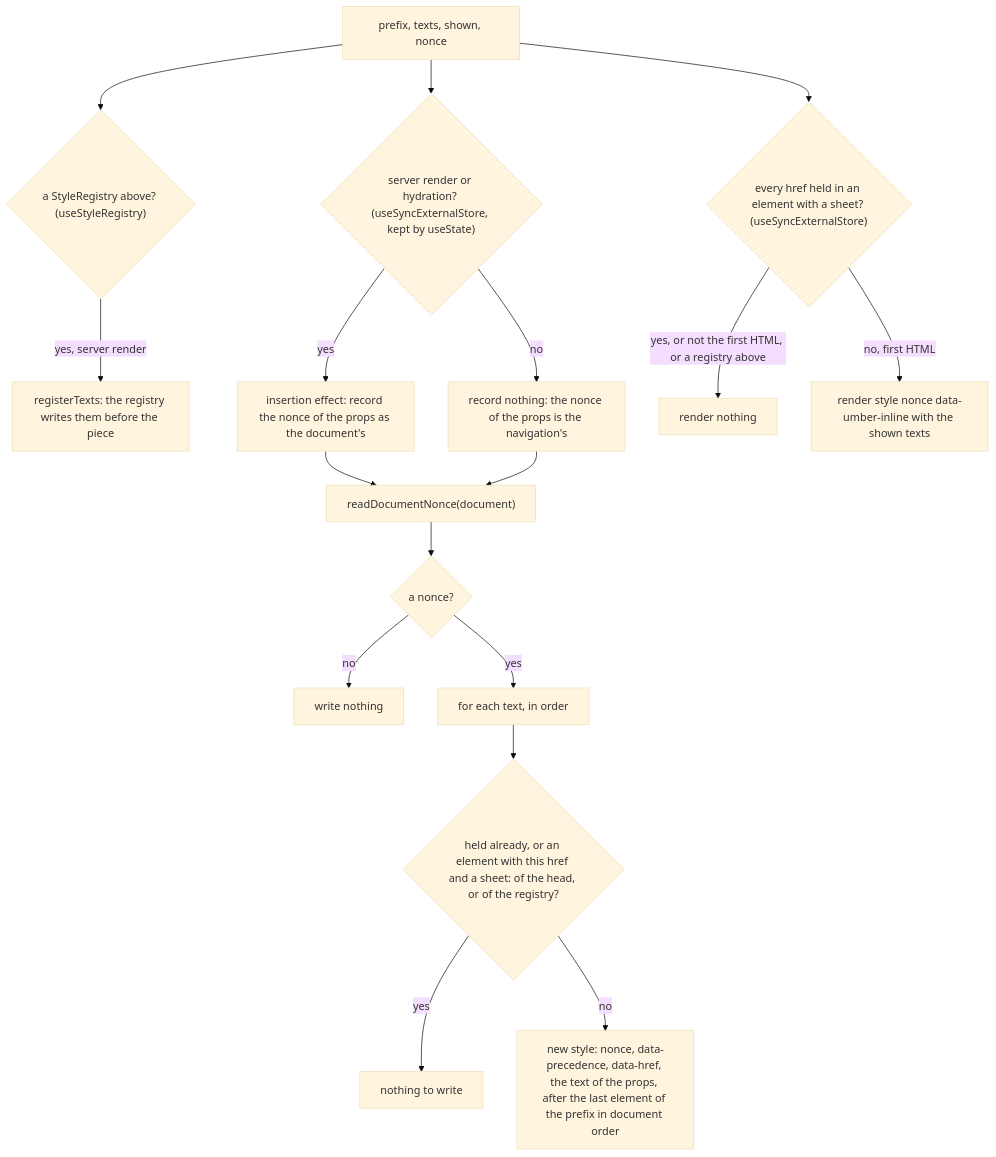
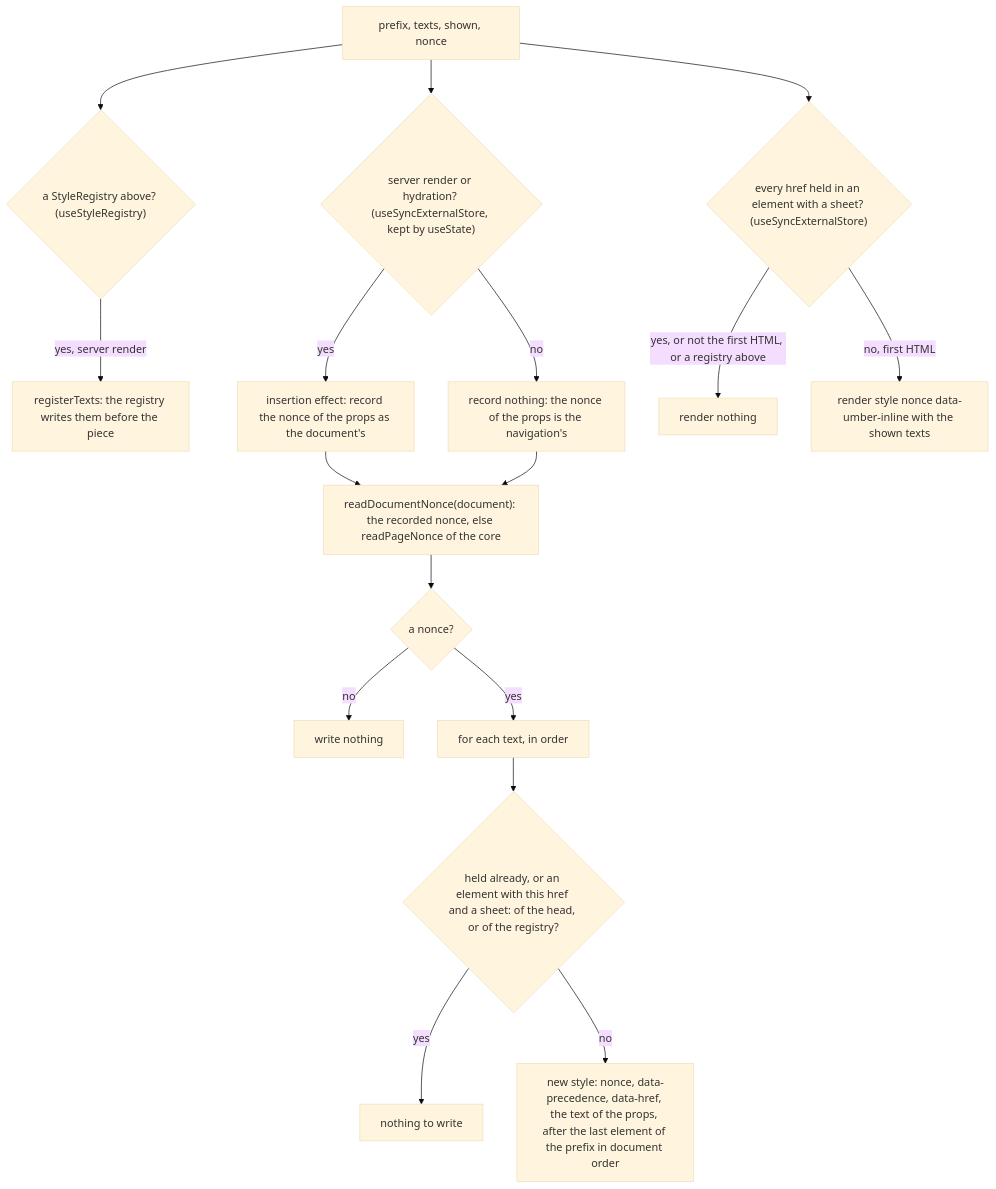
One commit to soroush-tech/umber-style changed the diagram in packages/react/src/NonceStyles.md. Above: the diagram before and after it, drawn with Mermaid (base theme). The commit also changed other lines of this file and 42 other files, not shown here.

Commit message:
fix: a client component under a server ThemeProvider gets the base theme on every path, and the browser cache's style elements take the page's nonce, so styles built in the browser apply under a strict policy - close #71

````diff
--- a/packages/react/src/NonceStyles.md
+++ b/packages/react/src/NonceStyles.md
@@ -38,19 +38,19 @@
 ```mermaid
 flowchart TD
   props["prefix, texts, shown, nonce"] --> registry{"a StyleRegistry above? (useStyleRegistry)"}
   registry -->|"yes, server render"| register["registerTexts: the registry writes them before the piece"]
   props --> first{"server render or hydration? (useSyncExternalStore, kept by useState)"}
   first -->|yes| record["insertion effect: record the nonce of the props as the document's"]
   first -->|no| skip["record nothing: the nonce of the props is the navigation's"]
-  record --> read["readDocumentNonce(document)"]
+  record --> read["readDocumentNonce(document): the recorded nonce, else readPageNonce of the core"]
   skip --> read
   read --> found{"a nonce?"}
   found -->|no| none["write nothing"]
   found -->|yes| each["for each text, in order"]
   each --> held{"held already, or an element with this href and a sheet: of the head, or of the registry?"}
   held -->|yes| next["nothing to write"]
   held -->|no| write["new style: nonce, data-precedence, data-href, the text of the props, after the last element of the prefix in document order"]
   props --> handed{"every href held in an element with a sheet? (useSyncExternalStore)"}
   handed -->|"yes, or not the first HTML, or a registry above"| empty["render nothing"]
   handed -->|"no, first HTML"| inPlace["render style nonce data-umber-inline with the shown texts"]
 ```
````
